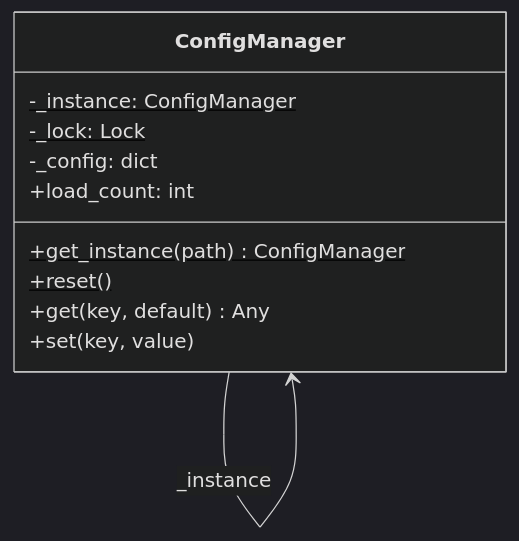
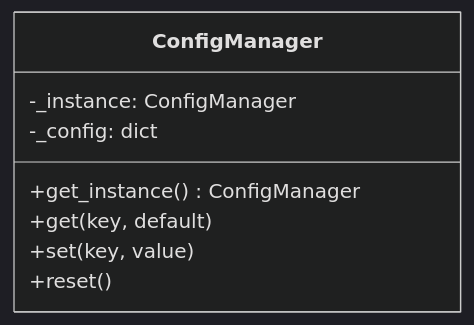
The third of 7 diagrams in 05-design-patterns/README.md (mathislepoutre1/oop-python-exercises), drawn with Mermaid (dark theme) before and after one commit. The commit also changed other lines of this file and 8 other files, not shown here.

````diff
--- a/05-design-patterns/README.md
+++ b/05-design-patterns/README.md
@@ -100,14 +78,11 @@
 ```mermaid
 classDiagram
     class ConfigManager {
-        -_instance: ConfigManager$
-        -_lock: Lock$
+        -_instance: ConfigManager
         -_config: dict
-        +load_count: int
-        +get_instance(path)$ ConfigManager
-        +reset()$
-        +get(key, default) Any
+        +get_instance() ConfigManager
+        +get(key, default)
         +set(key, value)
+        +reset()
     }
-    ConfigManager --> ConfigManager : _instance
 ```
````
